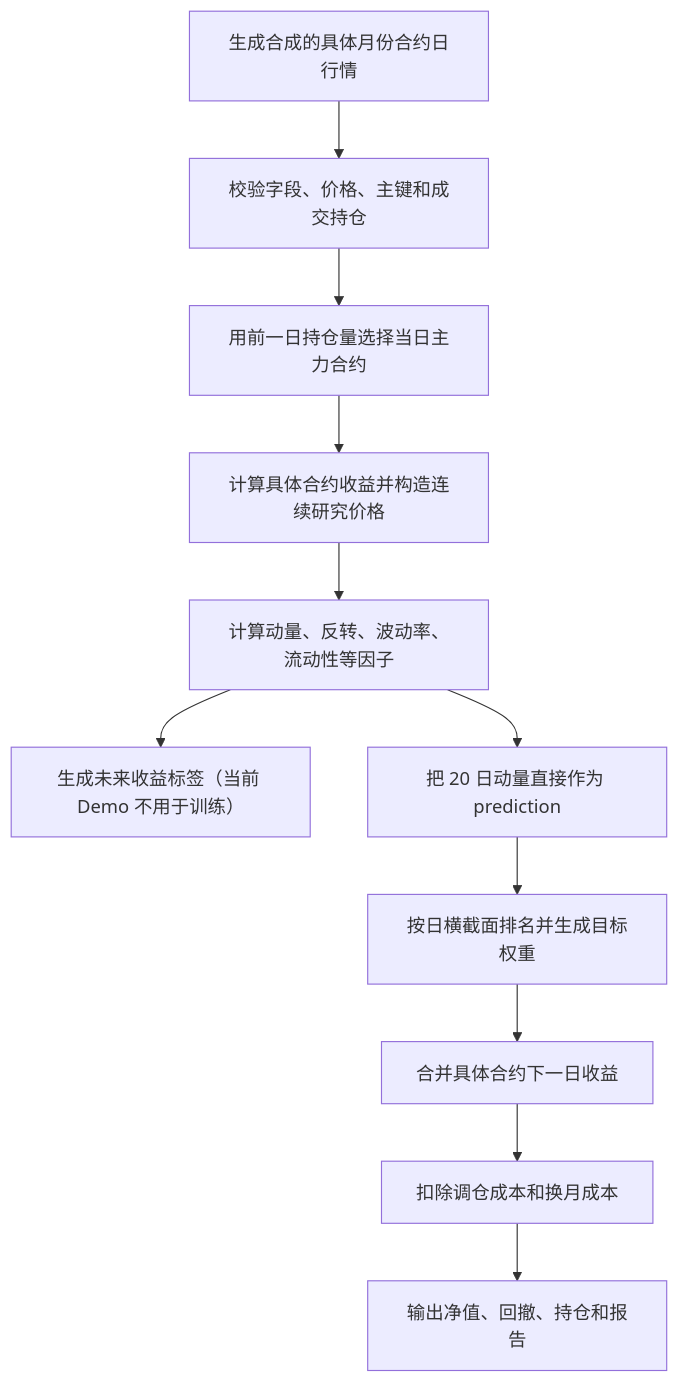
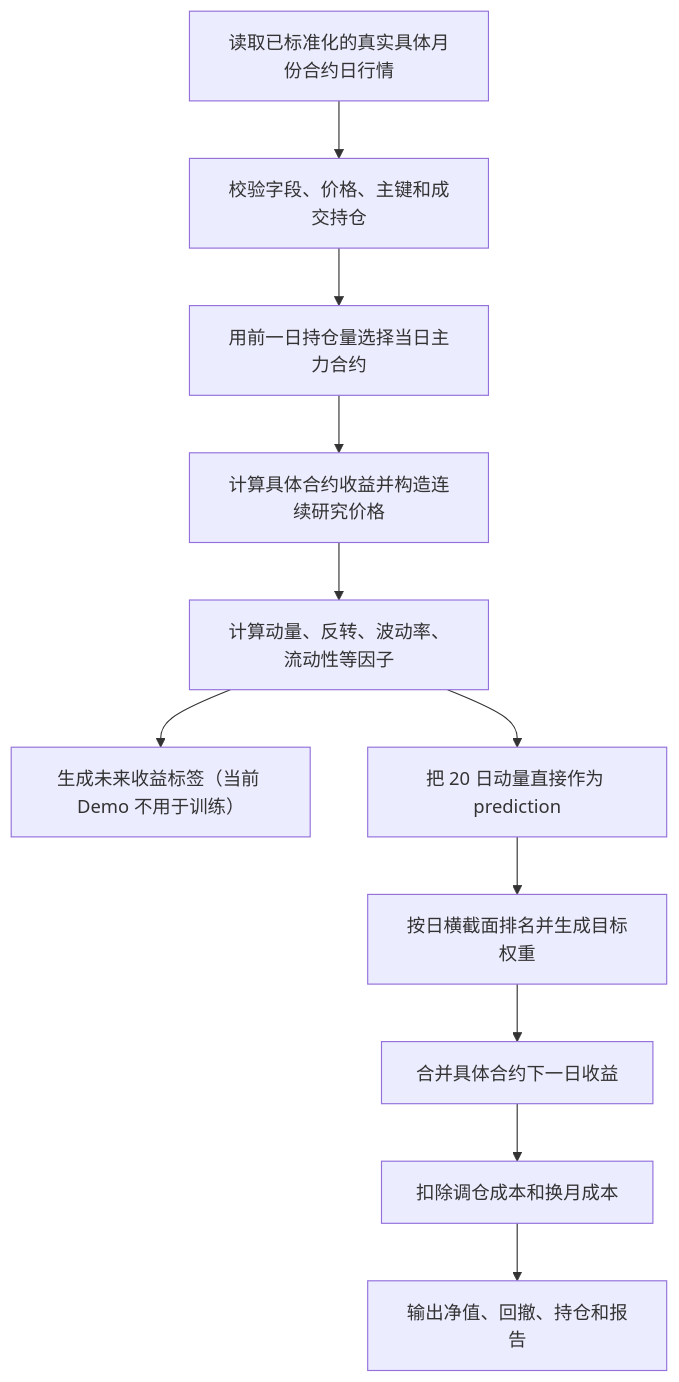
One commit to Wan-tree/AI-15-demo changed the diagram in cn-futures-factor-lab/docs/08_当前项目进度与团队统一认知.md. Above: the diagram before and after it, drawn with Mermaid. The commit also changed other lines of this file and 29 other files, not shown here.

````diff
--- a/cn-futures-factor-lab/docs/08_当前项目进度与团队统一认知.md
+++ b/cn-futures-factor-lab/docs/08_当前项目进度与团队统一认知.md
@@ -217,13 +220,13 @@
 ```mermaid
 flowchart TD
-    A["生成合成的具体月份合约日行情"] --> B["校验字段、价格、主键和成交持仓"]
+    A["读取已标准化的真实具体月份合约日行情"] --> B["校验字段、价格、主键和成交持仓"]
     B --> C["用前一日持仓量选择当日主力合约"]
     C --> D["计算具体合约收益并构造连续研究价格"]
     D --> E["计算动量、反转、波动率、流动性等因子"]
     E --> F["生成未来收益标签（当前 Demo 不用于训练）"]
     E --> G["把 20 日动量直接作为 prediction"]
     G --> H["按日横截面排名并生成目标权重"]
     H --> I["合并具体合约下一日收益"]
     I --> J["扣除调仓成本和换月成本"]
     J --> K["输出净值、回撤、持仓和报告"]
 ```
````
